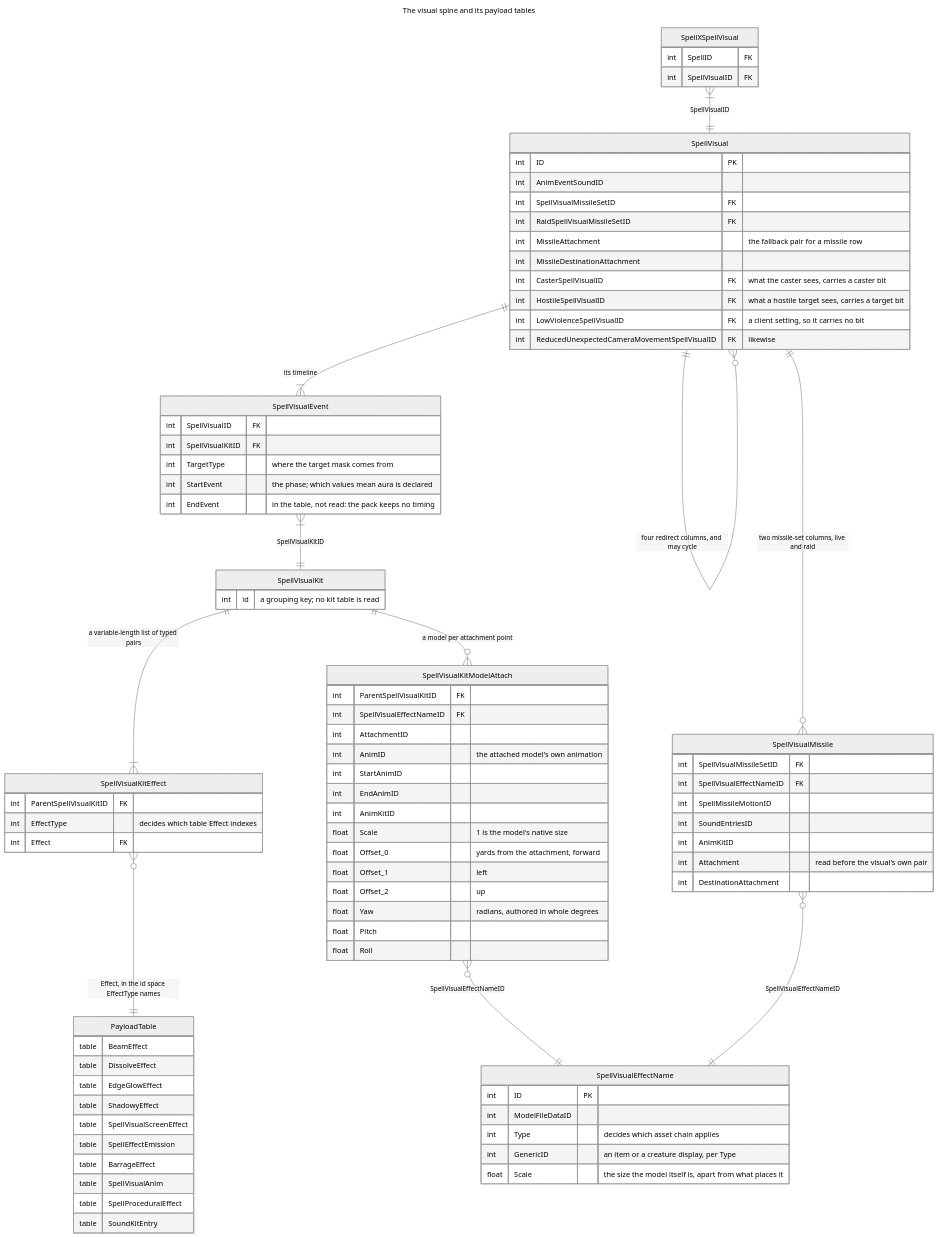
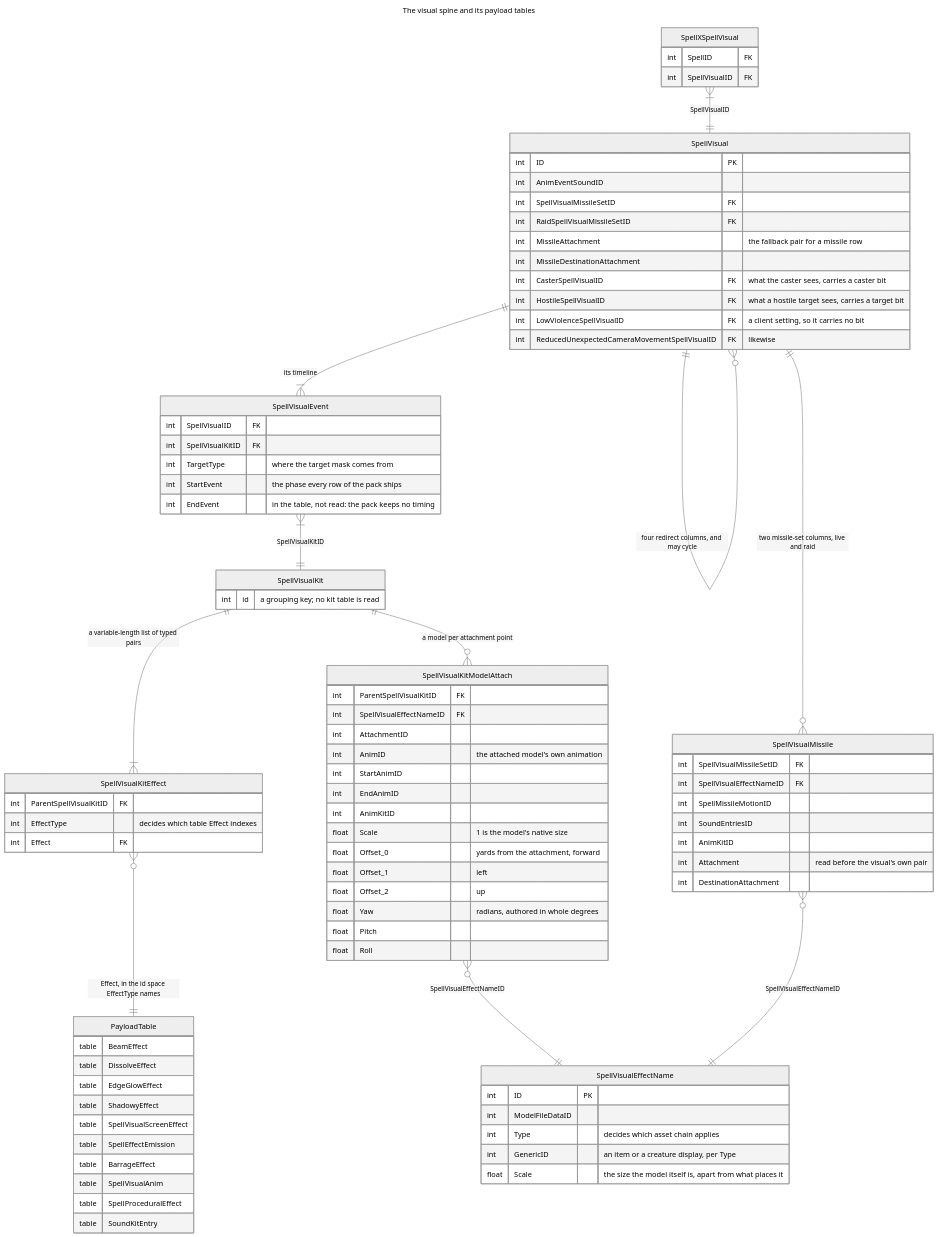
One commit to Natans8/Epsilook changed the fourth of 13 diagrams in docs/DATA_ROUTES.md. Above: the diagram before and after it, drawn with Mermaid (neutral theme). The commit also changed other lines of this file and 83 other files, not shown here.

```diff
--- a/docs/DATA_ROUTES.md
+++ b/docs/DATA_ROUTES.md
@@ -383,7 +383,7 @@
         int SpellVisualID FK
         int SpellVisualKitID FK
         int TargetType"where the target mask comes from"
-        int StartEvent"the phase; which values mean aura is declared"
+        int StartEvent"the phase every row of the pack ships"
         int EndEvent"in the table, not read: the pack keeps no timing"
     }
     SpellVisualKit {
```
